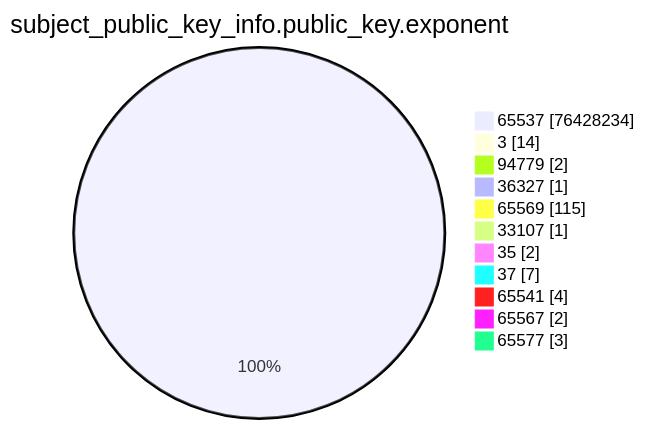
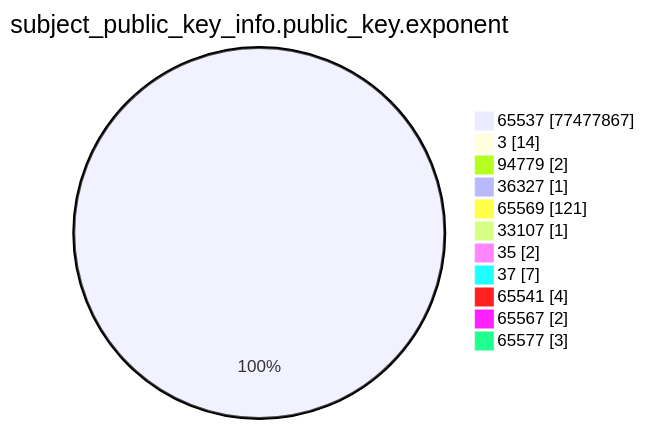
Before and after one commit to christiankrug/ctmonitor_visualization: the fourth of 15 diagrams in xenon2023/README.md, drawn with Mermaid. The commit also changed other lines of this file, not shown here.

````diff
--- a/xenon2023/README.md
+++ b/xenon2023/README.md
@@ -1226,15 +1227,15 @@
 ```mermaid
 pie showData
 title subject_public_key_info.public_key.exponent
-"65537" :76428234
+"65537" :77477867
 "3" :14
 "94779" :2
 "36327" :1
-"65569" :115
+"65569" :121
 "33107" :1
 "35" :2
 "37" :7
 "65541" :4
 "65567" :2
 "65577" :3
 ```
````
